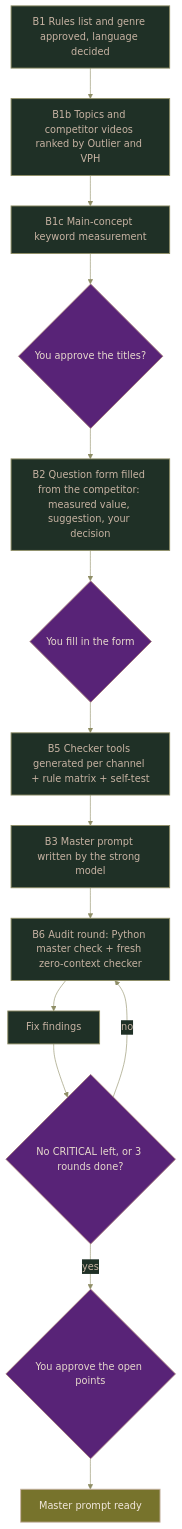
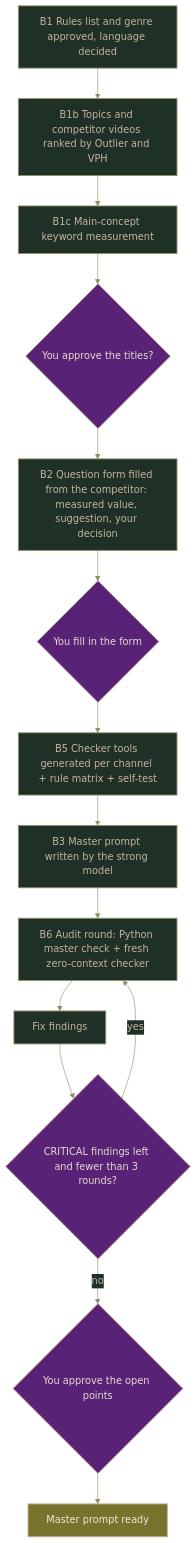
One commit to jenny-gecglr/youtube-automation-competitor-analysis changed the second of 3 diagrams in README.md. Above: the diagram before and after it, drawn with Mermaid.

Commit message:
Fix audit-round decision wording in the part B diagram

````diff
--- a/README.md
+++ b/README.md
@@ -74,23 +74,23 @@
 ```mermaid
 %%{init: {"theme":"base","themeVariables":{"fontFamily":"Georgia, serif","primaryColor":"#1F3026","primaryTextColor":"#C7B3A3","primaryBorderColor":"#8F8E66","lineColor":"#8F8E66","tertiaryTextColor":"#C7B3A3","edgeLabelBackground":"#1F3026"}}}%%
 flowchart TD
     B1["B1 Rules list and genre approved, language decided"] --> B1B["B1b Topics and competitor videos ranked by Outlier and VPH"]
     B1B --> B1C["B1c Main-concept keyword measurement"]
     B1C --> G4{"You approve the titles?"}
     G4 --> B2["B2 Question form filled from the competitor: measured value, suggestion, your decision"]
     B2 --> G5{"You fill in the form"}
     G5 --> B5["B5 Checker tools generated per channel + rule matrix + self-test"]
     B5 --> B3["B3 Master prompt written by the strong model"]
     B3 --> R["B6 Audit round: Python master check + fresh zero-context checker"]
     R --> FIX["Fix findings"]
-    FIX --> R2{"No CRITICAL left, or 3 rounds done?"}
-    R2 -- "no" --> R
-    R2 -- "yes" --> G6{"You approve the open points"}
+    FIX --> R2{"CRITICAL findings left and fewer than 3 rounds?"}
+    R2 -- "yes" --> R
+    R2 -- "no" --> G6{"You approve the open points"}
     G6 --> M["Master prompt ready"]
     classDef base fill:#1F3026,stroke:#8F8E66,color:#C7B3A3,stroke-width:1.5px
     classDef gate fill:#582377,stroke:#A3787B,color:#E6D9CC,stroke-width:1.5px
     classDef out fill:#77732C,stroke:#C7B3A3,color:#F2E8DD,stroke-width:1.5px
     class B1,B1B,B1C,B2,B5,B3,R,FIX base
     class G4,G5,R2,G6 gate
     class M out
 ```
````
